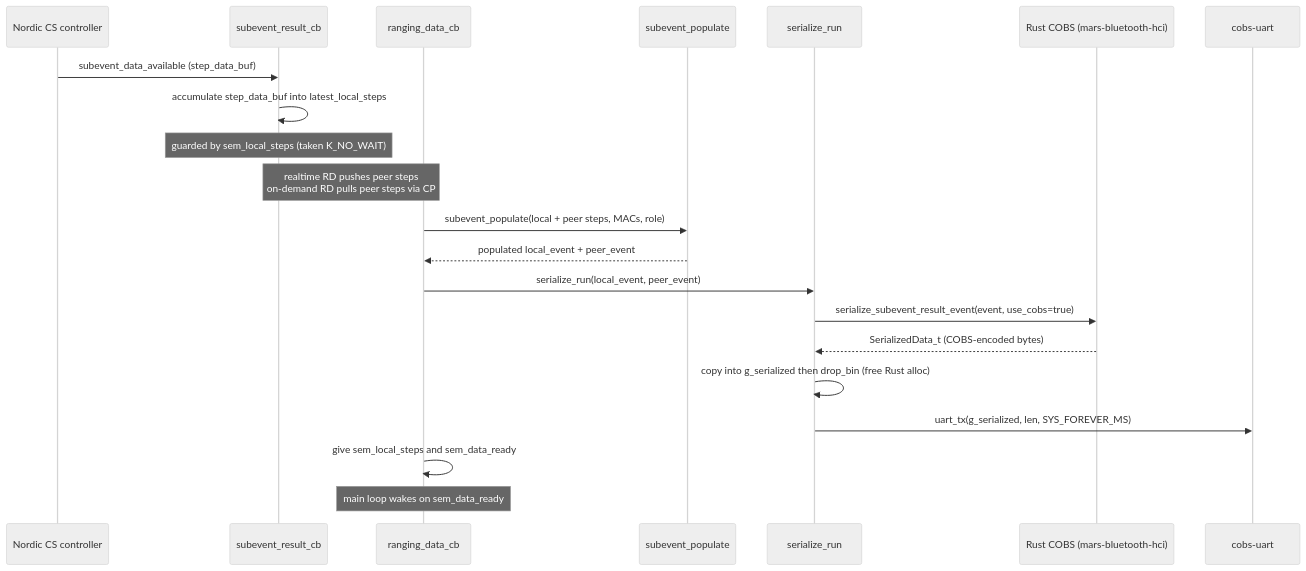
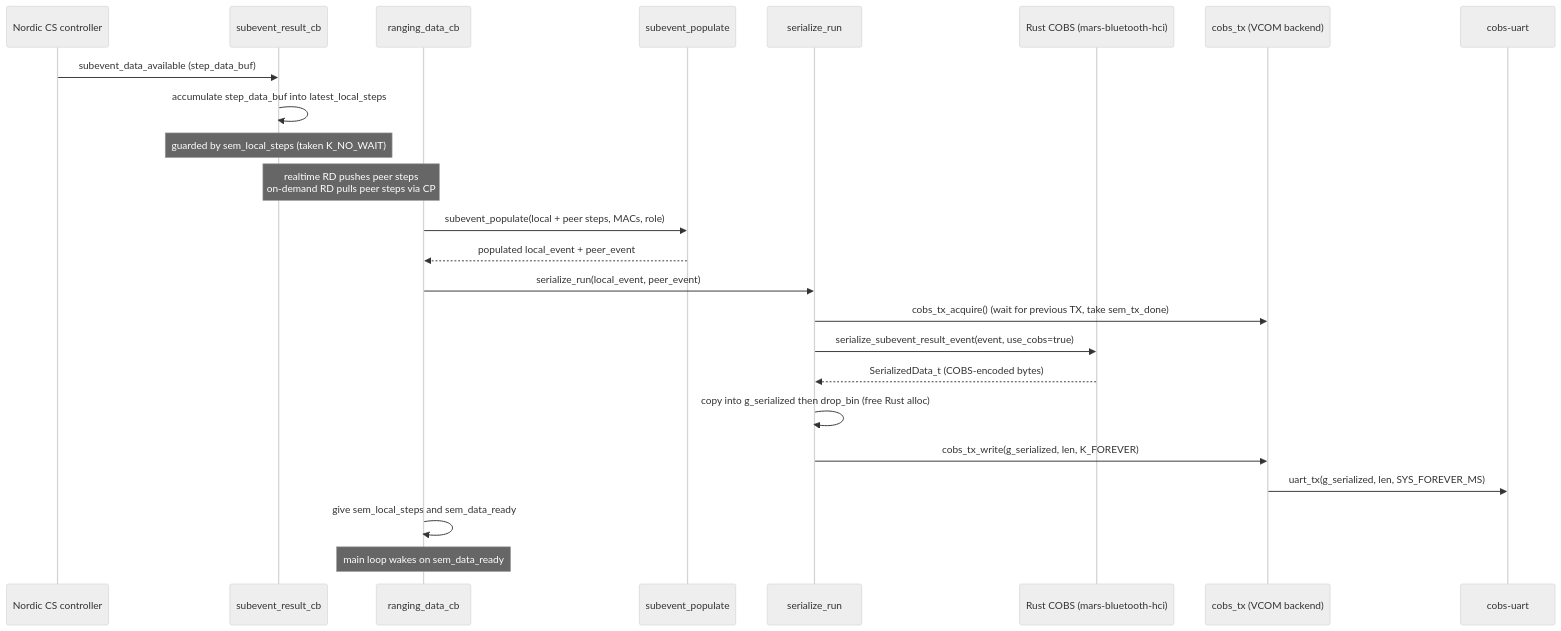
One commit to Metirionic/mars-cs-nrf54lm changed the first of 2 diagrams in docs/architecture.md. Above: the diagram before and after it, drawn with Mermaid (neutral theme). The commit also changed other lines of this file and 6 other files, not shown here.

````diff
--- a/docs/architecture.md
+++ b/docs/architecture.md
@@ -212,23 +219,26 @@
 ```mermaid
 sequenceDiagram
     participant CTRL as Nordic CS controller
     participant ACC as subevent_result_cb
     participant RAS as ranging_data_cb
     participant POP as subevent_populate
     participant SER as serialize_run
     participant RUST as Rust COBS (mars-bluetooth-hci)
+    participant TX as cobs_tx (VCOM backend)
     participant UART as cobs-uart
     CTRL->>ACC: subevent_data_available (step_data_buf)
     ACC->>ACC: accumulate step_data_buf into latest_local_steps
     Note over ACC: guarded by sem_local_steps (taken K_NO_WAIT)
     Note over ACC,RAS: realtime RD pushes peer steps<br/>on-demand RD pulls peer steps via CP
     RAS->>POP: subevent_populate(local + peer steps, MACs, role)
     POP-->>RAS: populated local_event + peer_event
     RAS->>SER: serialize_run(local_event, peer_event)
+    SER->>TX: cobs_tx_acquire() (wait for previous TX, take sem_tx_done)
     SER->>RUST: serialize_subevent_result_event(event, use_cobs=true)
     RUST-->>SER: SerializedData_t (COBS-encoded bytes)
     SER->>SER: copy into g_serialized then drop_bin (free Rust alloc)
-    SER->>UART: uart_tx(g_serialized, len, SYS_FOREVER_MS)
+    SER->>TX: cobs_tx_write(g_serialized, len, K_FOREVER)
+    TX->>UART: uart_tx(g_serialized, len, SYS_FOREVER_MS)
     RAS->>RAS: give sem_local_steps and sem_data_ready
     Note over RAS: main loop wakes on sem_data_ready
 ```
````
